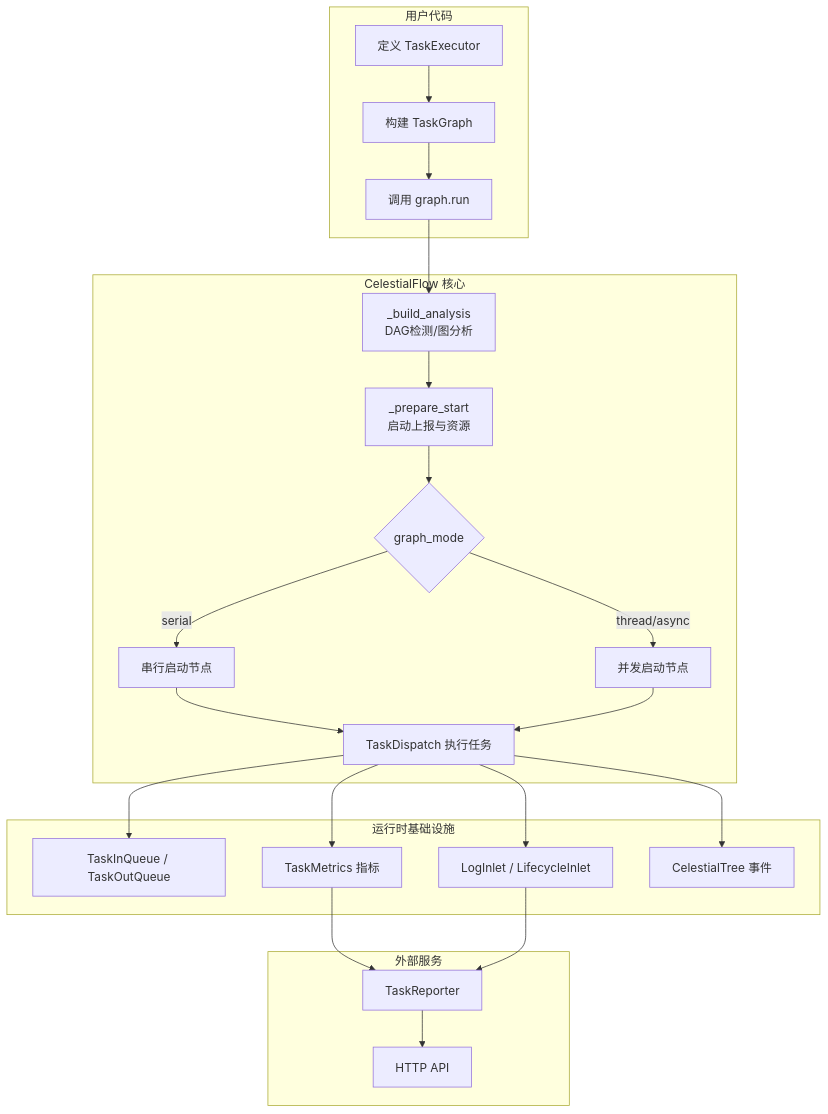
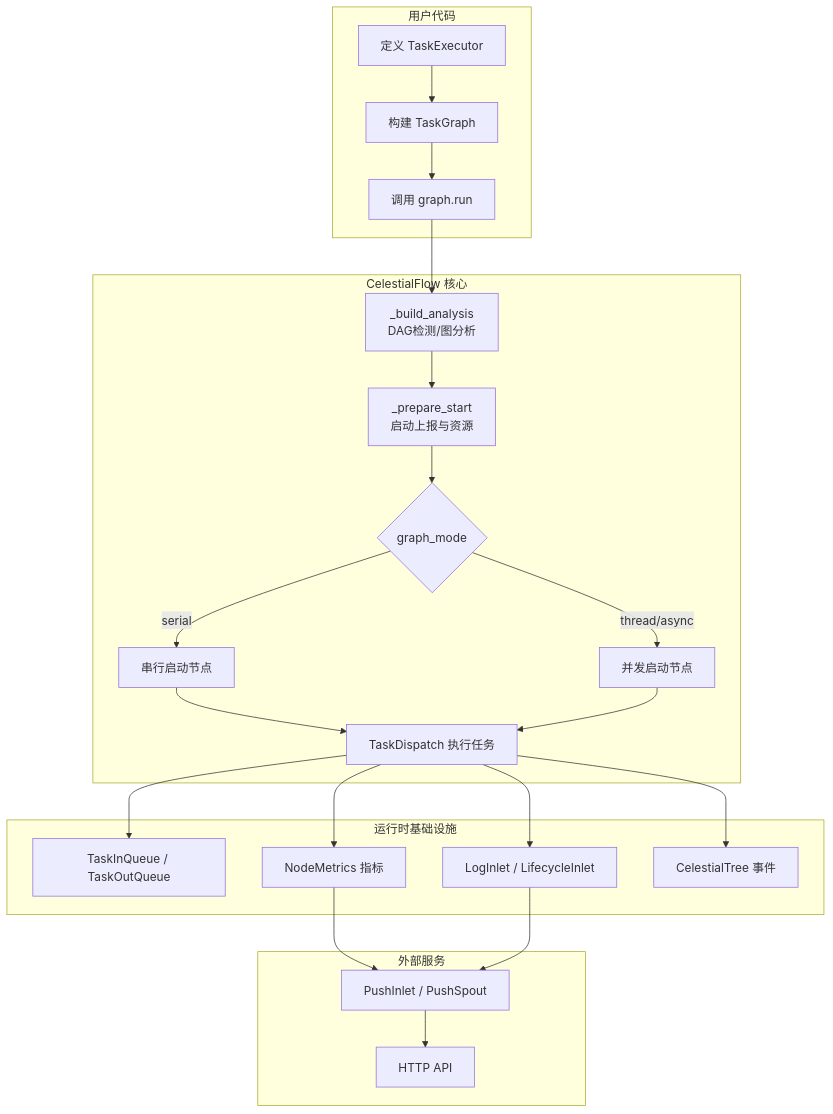
Before and after one commit to Mr-xiaotian/CelestialFlow: the first of 9 diagrams in docs/zh-CN/presentation.md, drawn with Mermaid. The commit also changed other lines of this file and 74 other files, not shown here.

````diff
--- a/docs/zh-CN/presentation.md
+++ b/docs/zh-CN/presentation.md
@@ -76,33 +76,33 @@
 ```mermaid
 graph TB
     subgraph 用户代码
         A[定义 TaskExecutor] --> B[构建 TaskGraph]
         B --> C[调用 graph.run]
     end
 
     subgraph CelestialFlow 核心
         C --> D[_build_analysis<br/>DAG检测/图分析]
         D --> E[_prepare_start<br/>启动上报与资源]
         E --> F{graph_mode}
         F -->|serial| G[串行启动节点]
         F -->|thread/async| H[并发启动节点]
         G --> I[TaskDispatch 执行任务]
         H --> I
     end
 
     subgraph 运行时基础设施
         I --> J[TaskInQueue / TaskOutQueue]
-        I --> K[TaskMetrics 指标]
+        I --> K[NodeMetrics 指标]
         I --> L[LogInlet / LifecycleInlet]
         I --> M[CelestialTree 事件]
     end
 
     subgraph 外部服务
-        N[TaskReporter]
+        N[PushInlet / PushSpout]
         O[HTTP API]
     end
 
     K --> N
     L --> N
     N --> O
 ```
````
